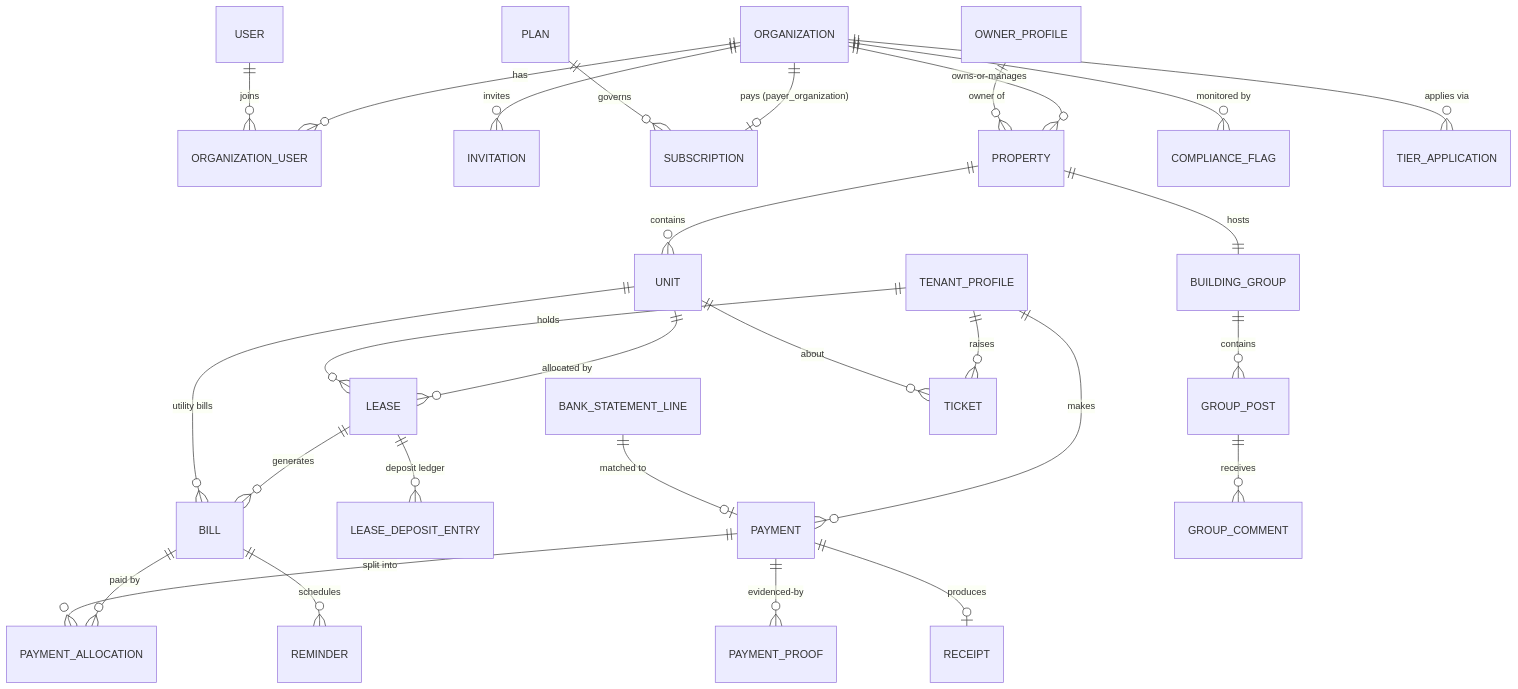
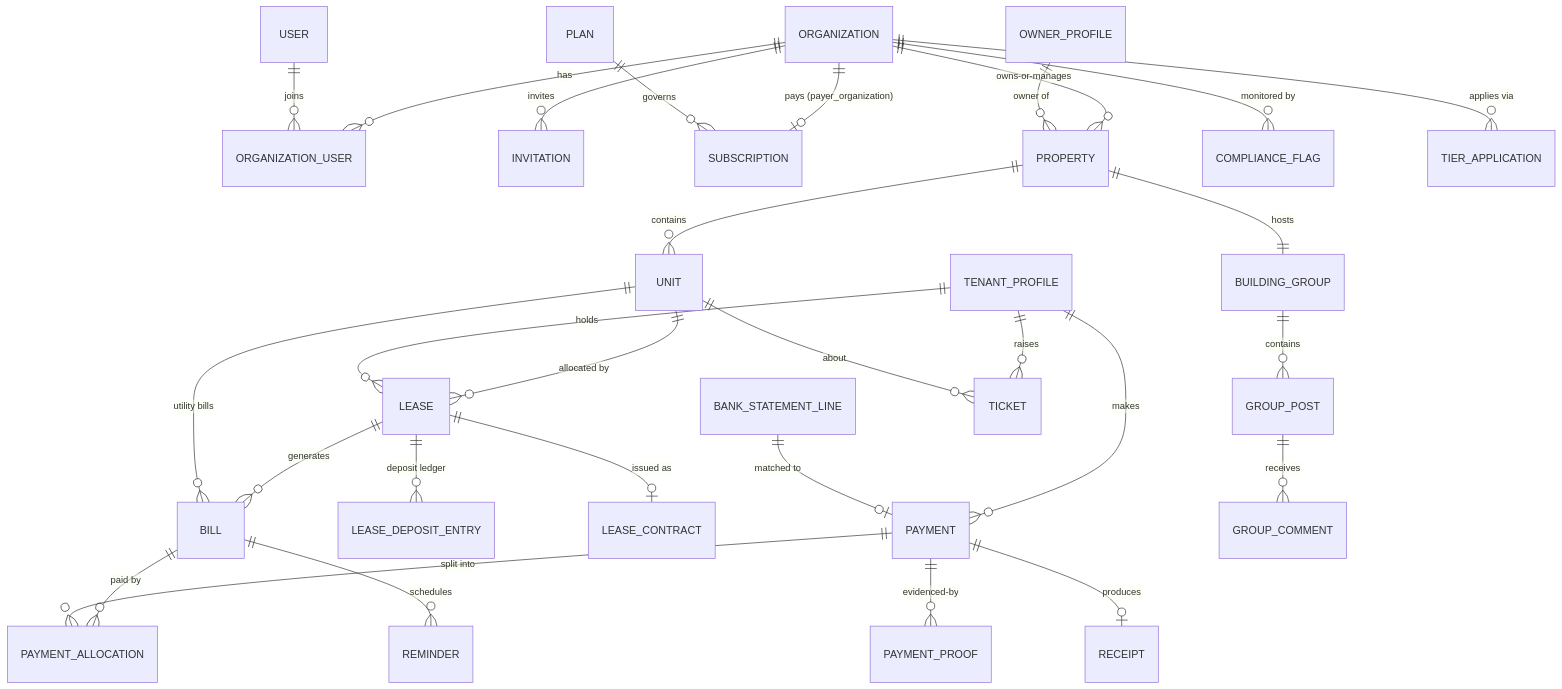
Before and after one commit to thekingchild/Goproperty: the diagram in DATABASE_SCHEMA.md, drawn with Mermaid. The commit also changed other lines of this file and 46 other files, not shown here.

First line of the commit message:
Add lease contract PDFs with an agency clause template and verify page (P03-03b)

````diff
--- a/DATABASE_SCHEMA.md
+++ b/DATABASE_SCHEMA.md
@@ -13,30 +13,31 @@
 ```mermaid
 erDiagram
     ORGANIZATION ||--o{ ORGANIZATION_USER : has
     USER ||--o{ ORGANIZATION_USER : joins
     ORGANIZATION ||--o{ INVITATION : invites
     ORGANIZATION ||--o| SUBSCRIPTION : "pays (payer_organization)"
     PLAN ||--o{ SUBSCRIPTION : governs
     ORGANIZATION ||--o{ PROPERTY : owns-or-manages
     OWNER_PROFILE ||--o{ PROPERTY : "owner of"
     PROPERTY ||--o{ UNIT : contains
     UNIT ||--o{ LEASE : "allocated by"
     TENANT_PROFILE ||--o{ LEASE : holds
     LEASE ||--o{ BILL : generates
     LEASE ||--o{ LEASE_DEPOSIT_ENTRY : "deposit ledger"
+    LEASE ||--o| LEASE_CONTRACT : "issued as"
     UNIT ||--o{ BILL : "utility bills"
     BILL ||--o{ PAYMENT_ALLOCATION : "paid by"
     PAYMENT ||--o{ PAYMENT_ALLOCATION : "split into"
     TENANT_PROFILE ||--o{ PAYMENT : makes
     BANK_STATEMENT_LINE ||--o| PAYMENT : "matched to"
     ORGANIZATION ||--o{ COMPLIANCE_FLAG : "monitored by"
     ORGANIZATION ||--o{ TIER_APPLICATION : "applies via"
     PAYMENT ||--o{ PAYMENT_PROOF : evidenced-by
     PAYMENT ||--o| RECEIPT : produces
     PROPERTY ||--|| BUILDING_GROUP : hosts
     BUILDING_GROUP ||--o{ GROUP_POST : contains
     GROUP_POST ||--o{ GROUP_COMMENT : receives
     TENANT_PROFILE ||--o{ TICKET : raises
     UNIT ||--o{ TICKET : about
     BILL ||--o{ REMINDER : schedules
 ```
````
